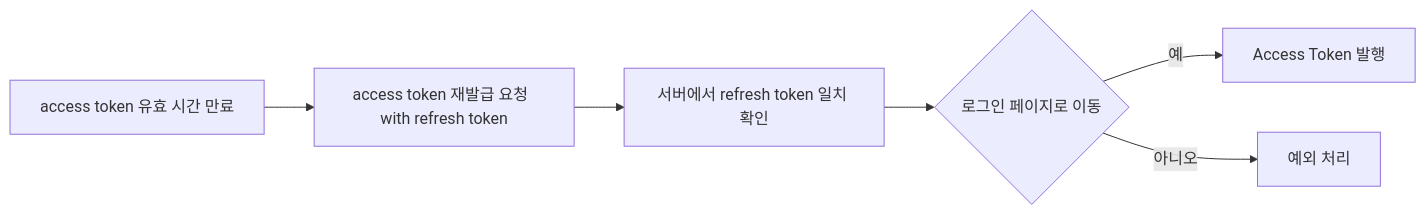
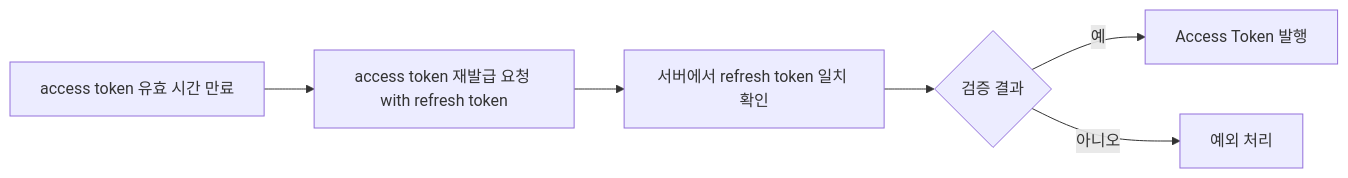
One commit to prgrms-be-adv-devcourse/beadv1_1_ctrlz_BE changed the fourth of 15 diagrams in readme.md. Above: the diagram before and after it, drawn with Mermaid. The commit also changed other lines of this file, not shown here.

````diff
--- a/readme.md
+++ b/readme.md
@@ -211,7 +526,6 @@
 ```mermaid
 flowchart LR
-    A[access token 유효 시간 만료] --> B[access token 재발급 요청  with refresh token] --> C[서버에서 refresh token 일치 확인 ] --> D{로그인 페이지로 이동}
+    A[access token 유효 시간 만료] --> B[access token 재발급 요청 with refresh token] --> C[서버에서 refresh token 일치 확인] --> D{검증 결과}
     D -- 예 --> E[Access Token 발행]
     D -- 아니오 --> F[예외 처리]
-
 ```
````
